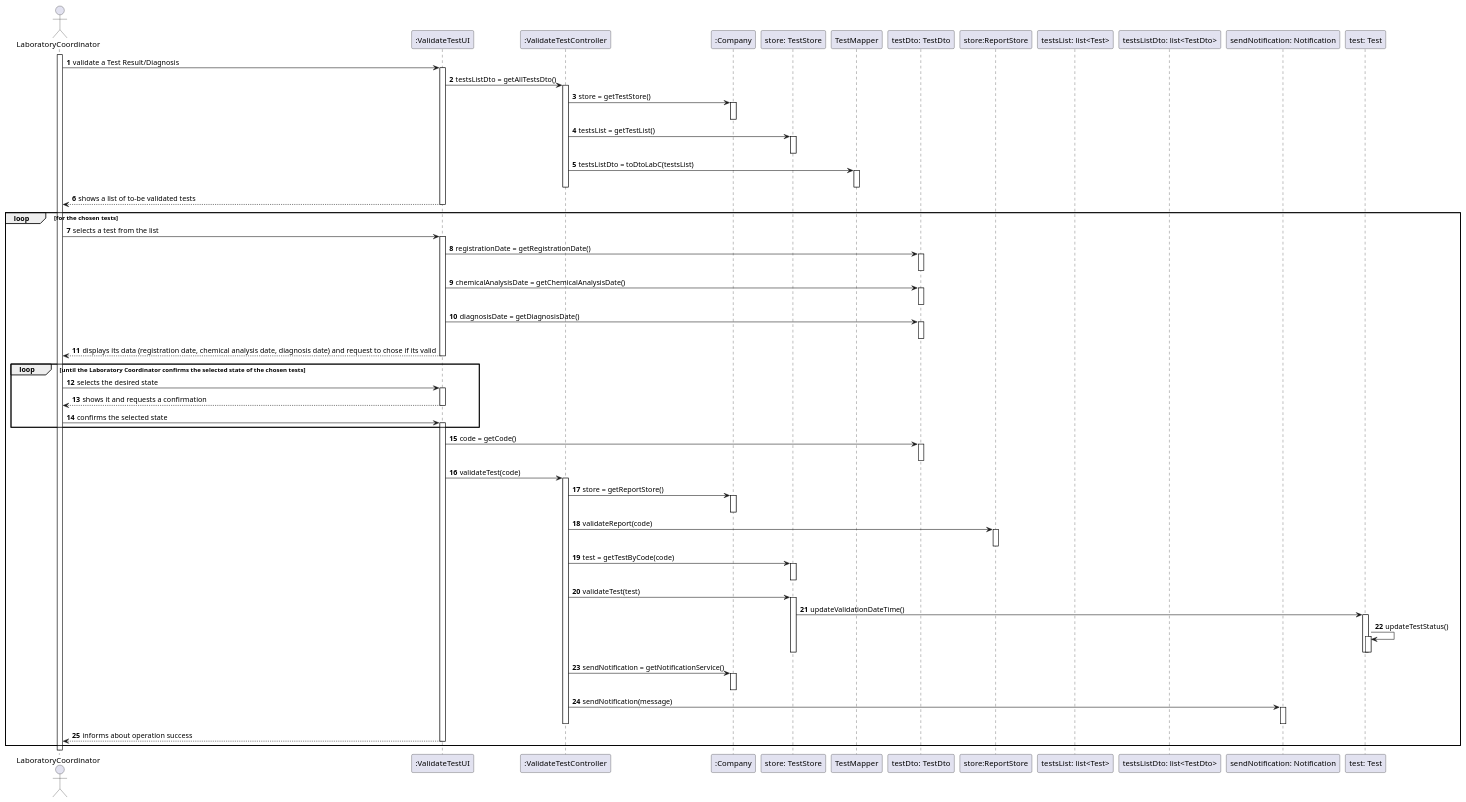
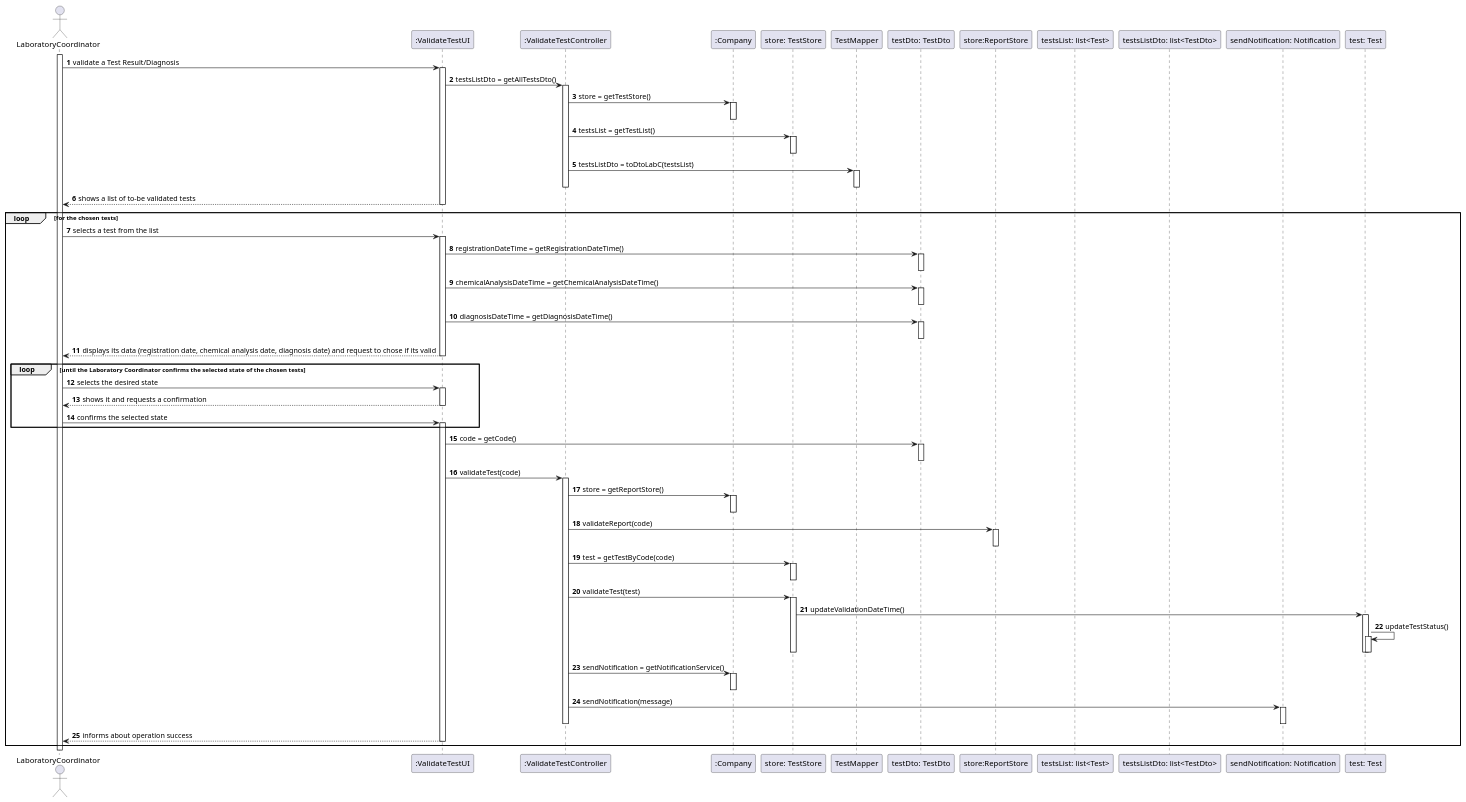
One commit to 0franciscor/lei-21-s2-1de-g19 changed the diagram in docs/SprintC/US15/US15-SD.puml. Above: the diagram before and after it, drawn with PlantUML. The commit also changed 8 other files, not shown here.

Commit message:
[US15] - Class Notification, TestDto, Company, Mapper.

```diff
--- a/docs/SprintC/US15/US15-SD.puml
+++ b/docs/SprintC/US15/US15-SD.puml
@@ -1,144 +1,144 @@
 @startuml
 autonumber
 
 actor "LaboratoryCoordinator" as labC
 activate labC
 
 participant ":ValidateTestUI" as validateTestUI
 participant ":ValidateTestController" as validateTestCont
 participant ":Company" as comp
 participant "store: TestStore" as TestStore
 participant "TestMapper" as TestMapper
 participant "testDto: TestDto" as TestDto
 participant "store:ReportStore" as ReportStore
 participant "testsList: list<Test>" as testsList
 participant "testsListDto: list<TestDto>" as testsListDto
 participant "sendNotification: Notification" as notification
 participant "test: Test" as test
 
 
 labC -> validateTestUI : validate a Test Result/Diagnosis
 
 
 activate validateTestUI
 validateTestUI -> validateTestCont: testsListDto = getAllTestsDto()
 
 
 activate validateTestCont
 
 
 validateTestCont -> comp : store = getTestStore()
 activate comp
 deactivate comp
 
 
 validateTestCont -> TestStore : testsList = getTestList()
 activate TestStore
 deactivate TestStore
 
 
 validateTestCont -> TestMapper : testsListDto = toDtoLabC(testsList)
 activate TestMapper
 deactivate TestMapper
 
 
 deactivate validateTestCont
 
 
 validateTestUI --> labC : shows a list of to-be validated tests
 deactivate validateTestUI
 
 
 loop for the chosen tests
 labC -> validateTestUI : selects a test from the list
 activate validateTestUI
 
 
-validateTestUI -> TestDto : registrationDate = getRegistrationDate()
+validateTestUI -> TestDto : registrationDateTime = getRegistrationDateTime()
 activate TestDto
 deactivate TestDto
 
 
-validateTestUI -> TestDto : chemicalAnalysisDate = getChemicalAnalysisDate()
+validateTestUI -> TestDto : chemicalAnalysisDateTime = getChemicalAnalysisDateTime()
 activate TestDto
 deactivate TestDto
 
 
-validateTestUI -> TestDto : diagnosisDate = getDiagnosisDate()
+validateTestUI -> TestDto : diagnosisDateTime = getDiagnosisDateTime()
 activate TestDto
 deactivate TestDto
 
 
 validateTestUI --> labC : displays its data (registration date, chemical analysis date, diagnosis date) and request to chose if its valid
 deactivate validateTestUI
 
 
 deactivate validateTestUI
 
 
 loop until the Laboratory Coordinator confirms the selected state of the chosen tests
 labC -> validateTestUI : selects the desired state
 activate validateTestUI
 
 
 validateTestUI --> labC : shows it and requests a confirmation
 deactivate validateTestUI
 
 labC -> validateTestUI : confirms the selected state
 activate validateTestUI
 end
 
 
 validateTestUI -> TestDto : code = getCode()
 activate TestDto
 deactivate TestDto
 
 
 validateTestUI -> validateTestCont : validateTest(code)
 
 
 activate validateTestCont
 
 validateTestCont -> comp: store = getReportStore()
 activate comp
 deactivate comp
 
 
 validateTestCont -> ReportStore : validateReport(code)
 activate ReportStore
 deactivate ReportStore
 
 validateTestCont -> TestStore : test = getTestByCode(code)
 activate TestStore
 deactivate TestStore
 
 validateTestCont -> TestStore : validateTest(test)
 activate TestStore
 
 
 TestStore -> test ++: updateValidationDateTime()
 
 
 test -> test ++: updateTestStatus()
 deactivate test
 deactivate test
 deactivate TestStore
 
 
 validateTestCont -> comp: sendNotification = getNotificationService()
 activate comp
 deactivate comp
 
 
 validateTestCont -> notification: sendNotification(message)
 activate notification
 deactivate notification
 deactivate validateTestCont
 
 
 validateTestUI --> labC : informs about operation success
 deactivate validateTestCont
 deactivate validateTestUI
 
 end
 @enduml
```
